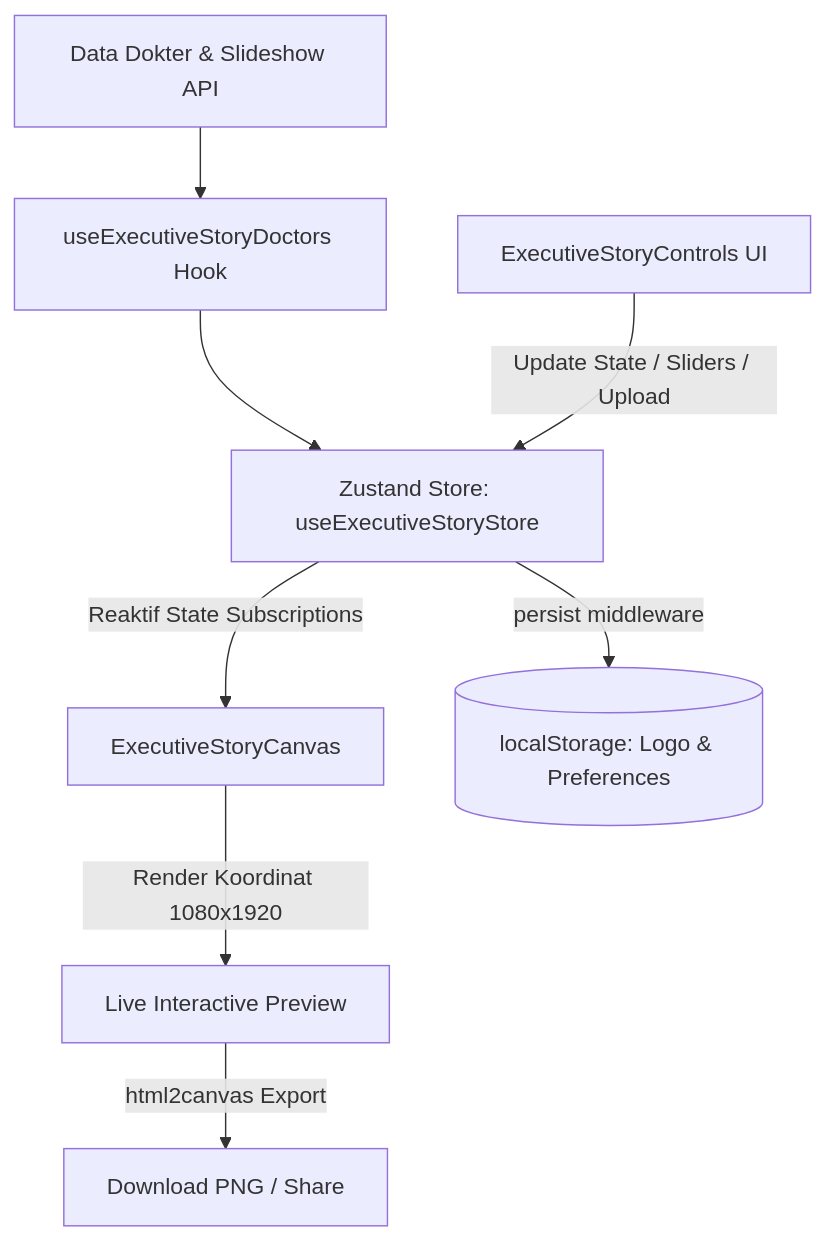
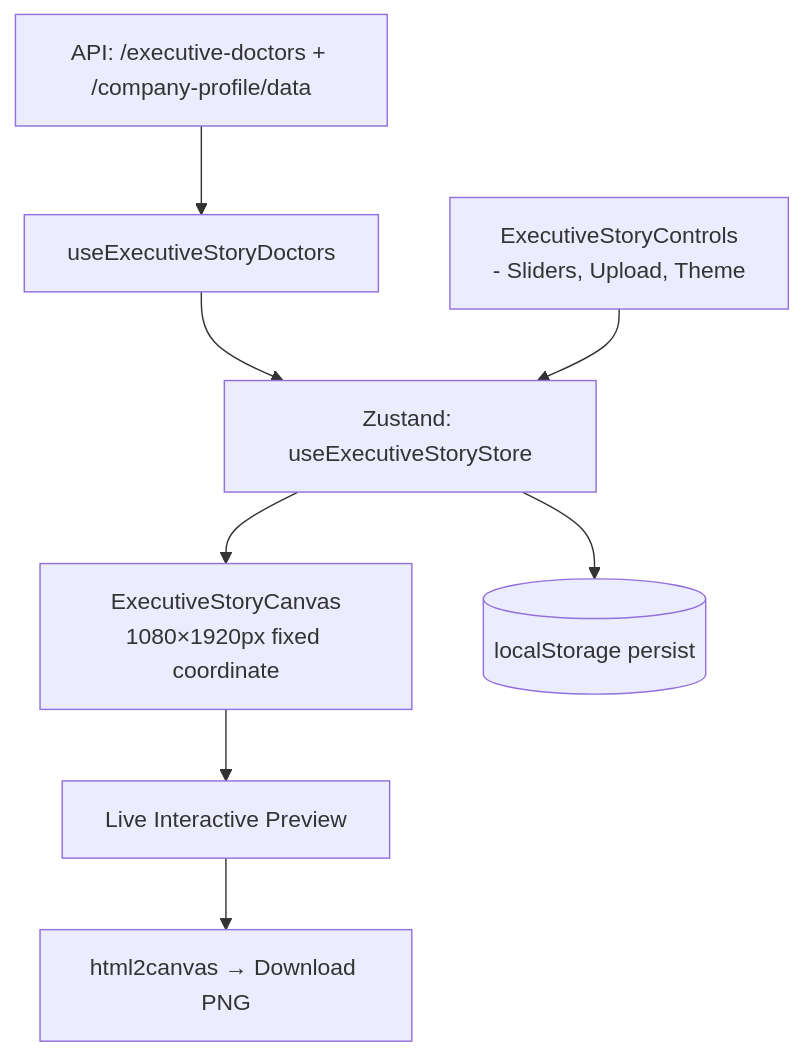
Before and after one commit to ratt23/story-generator: the first of 2 diagrams in react-migrated/architecture.md, drawn with Mermaid. The commit also changed other lines of this file and 11 other files, not shown here.

Commit message:
feat: add architecture documentation, english changelog UI, print-safe iframe scaling and layout fixes

````diff
--- a/react-migrated/architecture.md
+++ b/react-migrated/architecture.md
@@ -64,10 +146,10 @@
 ```mermaid
 flowchart TD
-    A[Data Dokter & Slideshow API] --> B[useExecutiveStoryDoctors Hook]
-    B --> C[Zustand Store: useExecutiveStoryStore]
-    D[ExecutiveStoryControls UI] -->|Update State / Sliders / Upload| C
-    C -->|Reaktif State Subscriptions| E[ExecutiveStoryCanvas]
-    E -->|Render Koordinat 1080x1920| F[Live Interactive Preview]
-    F -->|html2canvas Export| G[Download PNG / Share]
-    C -->|persist middleware| H[(localStorage: Logo & Preferences)]
+    API[API: /executive-doctors + /company-profile/data] --> Hook[useExecutiveStoryDoctors]
+    Hook --> Store[Zustand: useExecutiveStoryStore]
+    Controls[ExecutiveStoryControls\n- Sliders, Upload, Theme] --> Store
+    Store --> Canvas[ExecutiveStoryCanvas\n1080×1920px fixed coordinate]
+    Canvas --> Preview[Live Interactive Preview]
+    Preview --> Export[html2canvas → Download PNG]
+    Store --> LocalStorage[(localStorage persist)]
 ```
````
